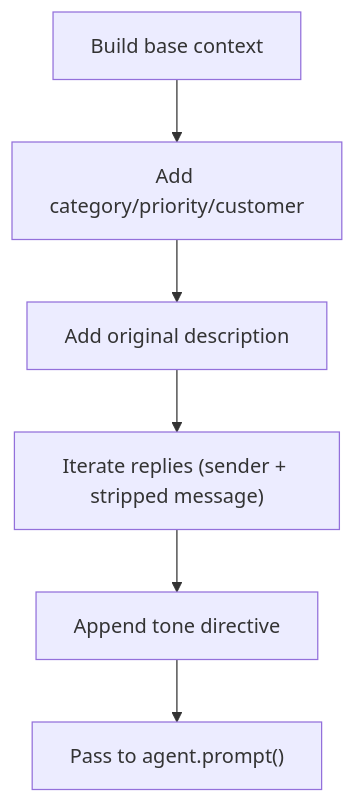
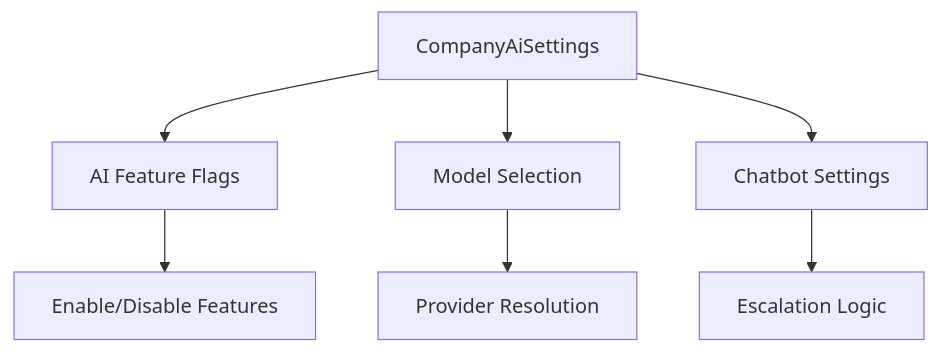
Before and after one commit to younesgamer68/helpdesk-system: the sixth of 8 diagrams in .qoder/repowiki/en/content/AI Integration/AI Integration.md, drawn with Mermaid. The commit also changed other lines of this file and 210 other files, not shown here.

````diff
--- a/.qoder/repowiki/en/content/AI Integration/AI Integration.md
+++ b/.qoder/repowiki/en/content/AI Integration/AI Integration.md
@@ -252,8 +240,9 @@
 ```mermaid
 flowchart TD
-CtxStart["Build base context"] --> Cat["Add category/priority/customer"]
-Cat --> Desc["Add original description"]
-Desc --> Hist["Iterate replies (sender + stripped message)"]
-Hist --> Tone["Append tone directive"]
-Tone --> Prompt["Pass to agent.prompt()"]
+Settings["CompanyAiSettings"] --> Features["AI Feature Flags"]
+Settings --> Model["Model Selection"]
+Settings --> Chatbot["Chatbot Settings"]
+Features --> Toggle["Enable/Disable Features"]
+Model --> Provider["Provider Resolution"]
+Chatbot --> Escalation["Escalation Logic"]
 ```
````
